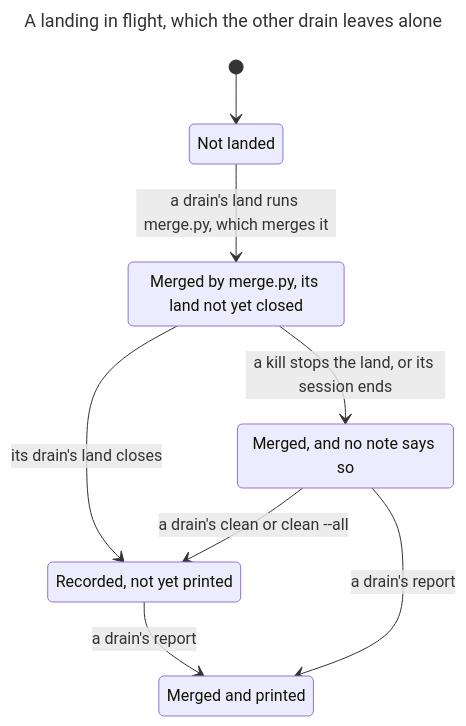
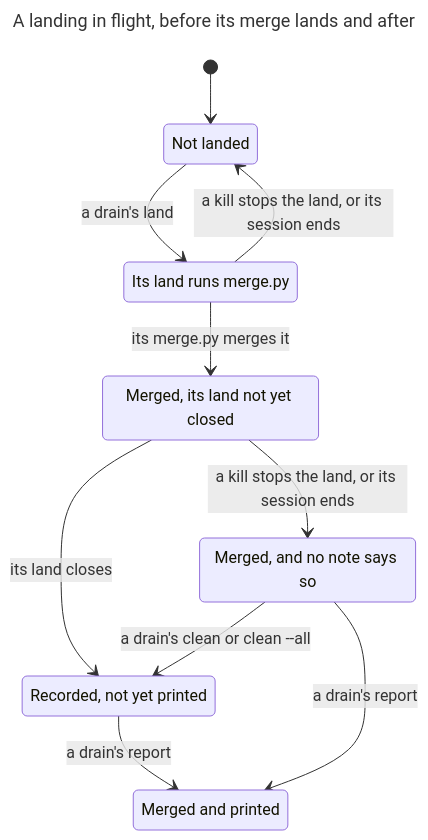
Before and after one commit to Simon-GitHub-Code/ratchet: the seventh of 8 diagrams in docs/model/drain.md, drawn with Mermaid. The commit also changed other lines of this file and 3 other files, not shown here.

First line of the commit message:
docs(model): the drain's page for a landing that refuses the ticket's commands

````diff
--- a/docs/model/drain.md
+++ b/docs/model/drain.md
@@ -344,18 +361,21 @@
 ```mermaid
 ---
-title: "A landing in flight, which the other drain leaves alone"
+title: "A landing in flight, before its merge lands and after"
 ---
 stateDiagram-v2
   s0: Not landed
-  s1: Merged by merge.py, its land not yet closed
-  s2: Recorded, not yet printed
-  s3: Merged, and no note says so
-  s4: Merged and printed
+  s1: Its land runs merge.py
+  s2: Merged, its land not yet closed
+  s3: Recorded, not yet printed
+  s4: Merged, and no note says so
+  s5: Merged and printed
   [*] --> s0
-  s0 --> s1: a drain's land runs merge.py, which merges it
-  s1 --> s2: its drain's land closes
-  s1 --> s3: a kill stops the land, or its session ends
-  s2 --> s4: a drain's report
-  s3 --> s2: a drain's clean or clean --all
-  s3 --> s4: a drain's report
+  s0 --> s1: a drain's land
+  s1 --> s0: a kill stops the land, or its session ends
+  s1 --> s2: its merge.py merges it
+  s2 --> s3: its land closes
+  s2 --> s4: a kill stops the land, or its session ends
+  s3 --> s5: a drain's report
+  s4 --> s3: a drain's clean or clean --all
+  s4 --> s5: a drain's report
 ```
````
